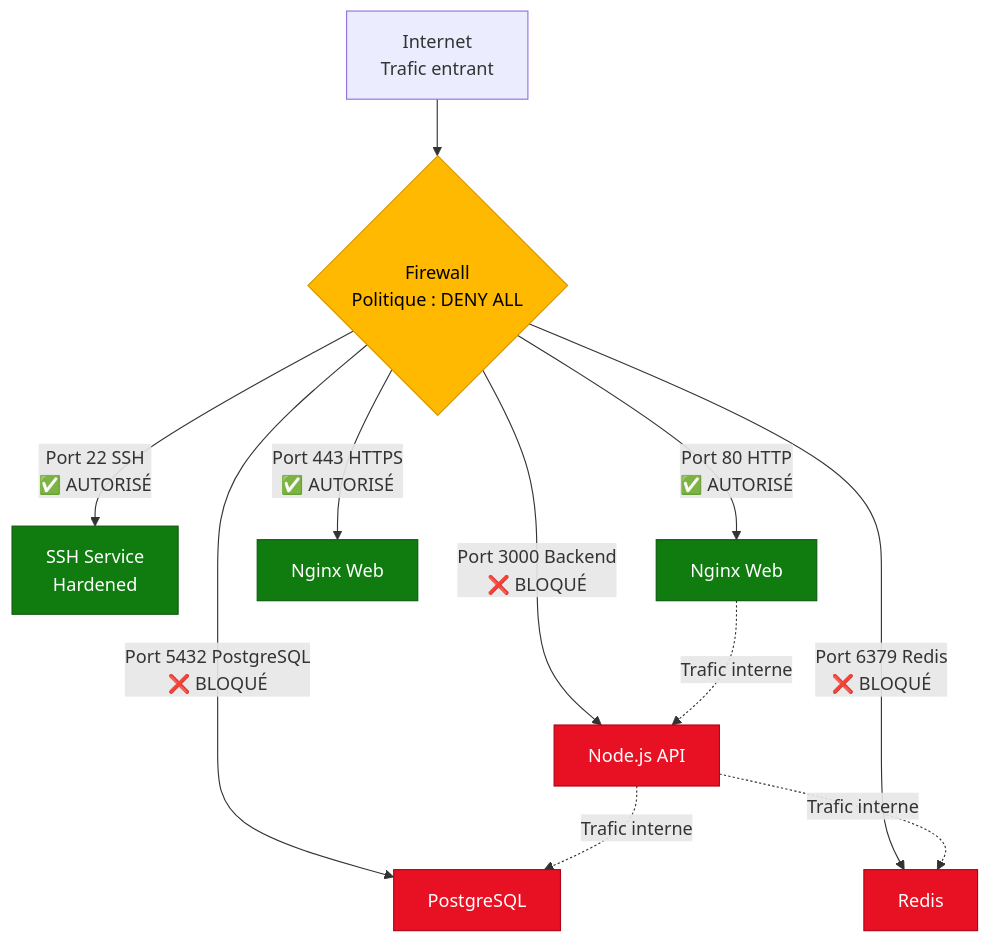
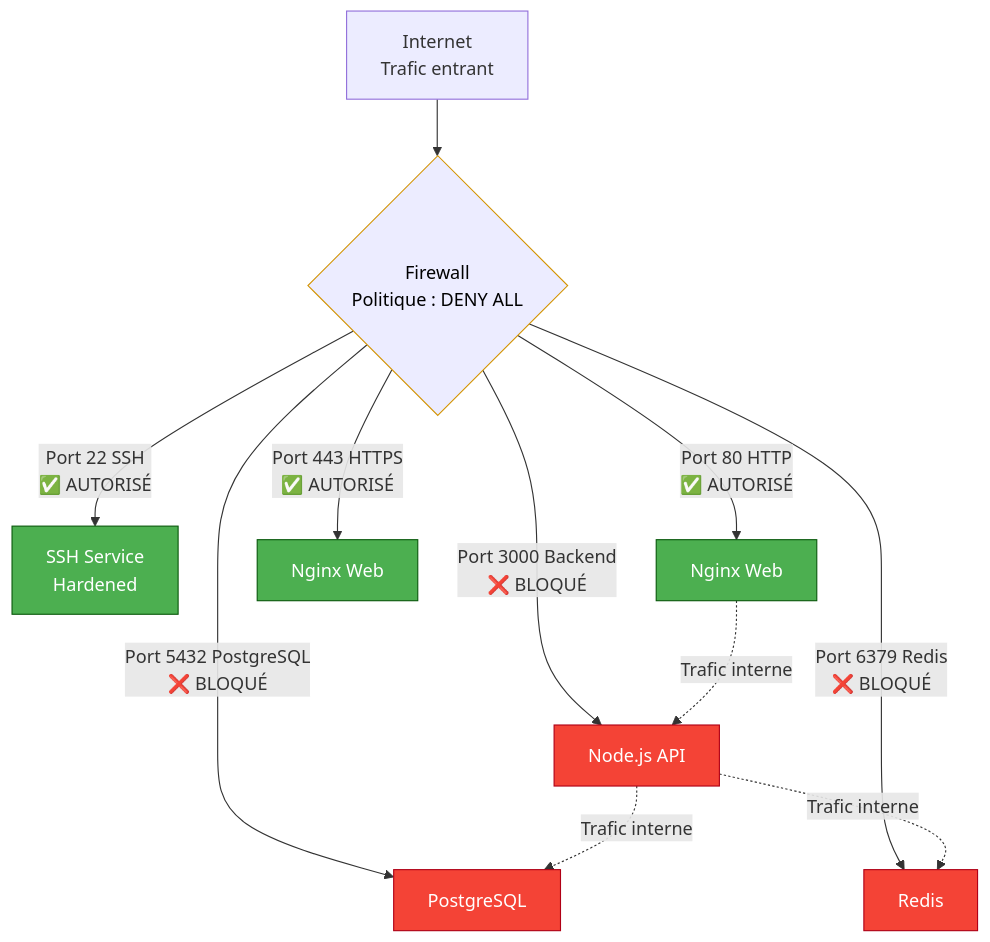
The first of 3 diagrams in docs/formations/linux-hardening/03-module.md (VBlackJack/ShellBook), drawn with Mermaid before and after one commit. The commit also changed other lines of this file and 337 other files, not shown here.

First line of the commit message:
refactor(docs): Standardize code blocks and Mermaid colors

````diff
--- a/docs/formations/linux-hardening/03-module.md
+++ b/docs/formations/linux-hardening/03-module.md
@@ -75,26 +75,26 @@
 ```mermaid
 flowchart TD
     Internet[Internet<br/>Trafic entrant]
 
     Internet --> Firewall{Firewall<br/>Politique : DENY ALL}
 
     Firewall -->|Port 22 SSH<br/>✅ AUTORISÉ| SSH[SSH Service<br/>Hardened]
     Firewall -->|Port 80 HTTP<br/>✅ AUTORISÉ| HTTP[Nginx Web]
     Firewall -->|Port 443 HTTPS<br/>✅ AUTORISÉ| HTTPS[Nginx Web]
 
     Firewall -->|Port 3000 Backend<br/>❌ BLOQUÉ| Backend[Node.js API]
     Firewall -->|Port 5432 PostgreSQL<br/>❌ BLOQUÉ| DB[PostgreSQL]
     Firewall -->|Port 6379 Redis<br/>❌ BLOQUÉ| Cache[Redis]
 
     Backend -.Trafic interne.-> DB
     Backend -.Trafic interne.-> Cache
     HTTP -.Trafic interne.-> Backend
 
-    style Firewall fill:#ffb900,stroke:#d39300,color:#000
-    style SSH fill:#107c10,stroke:#0b5a0d,color:#fff
-    style HTTP fill:#107c10,stroke:#0b5a0d,color:#fff
-    style HTTPS fill:#107c10,stroke:#0b5a0d,color:#fff
-    style Backend fill:#e81123,stroke:#b00016,color:#fff
-    style DB fill:#e81123,stroke:#b00016,color:#fff
-    style Cache fill:#e81123,stroke:#b00016,color:#fff
+    style Firewall fill:#FF9800800800,stroke:#d39300,color:#000
+    style SSH fill:#4CAF50,stroke:#0b5a0d,color:#fff
+    style HTTP fill:#4CAF50,stroke:#0b5a0d,color:#fff
+    style HTTPS fill:#4CAF50,stroke:#0b5a0d,color:#fff
+    style Backend fill:#f44336,stroke:#b00016,color:#fff
+    style DB fill:#f44336,stroke:#b00016,color:#fff
+    style Cache fill:#f44336,stroke:#b00016,color:#fff
 ```
````
